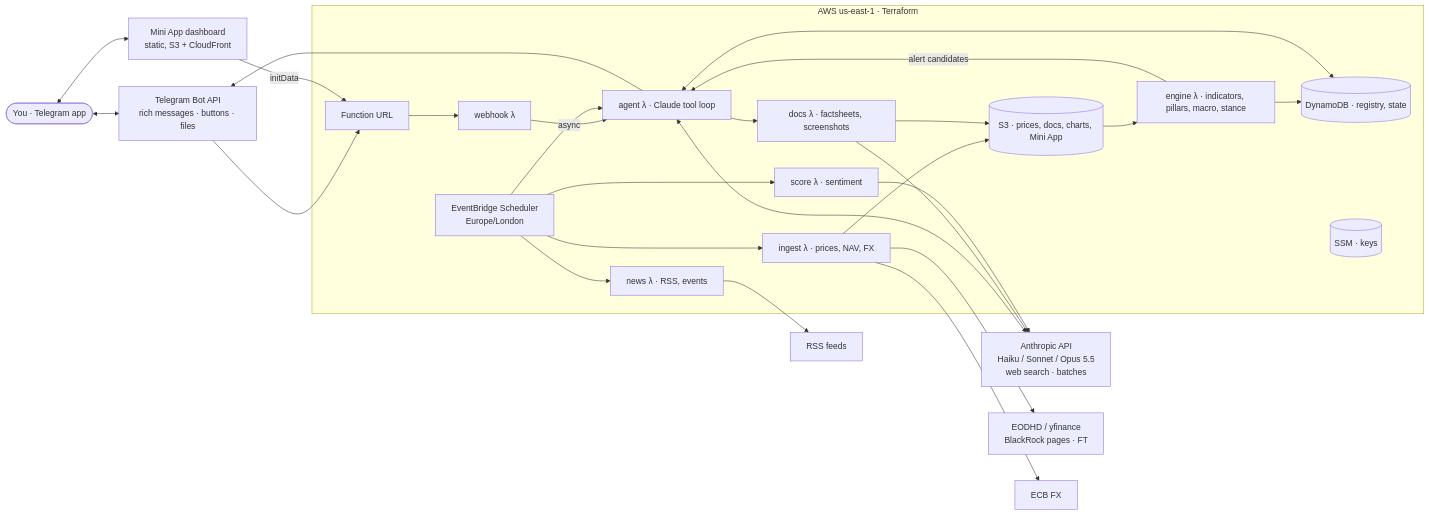
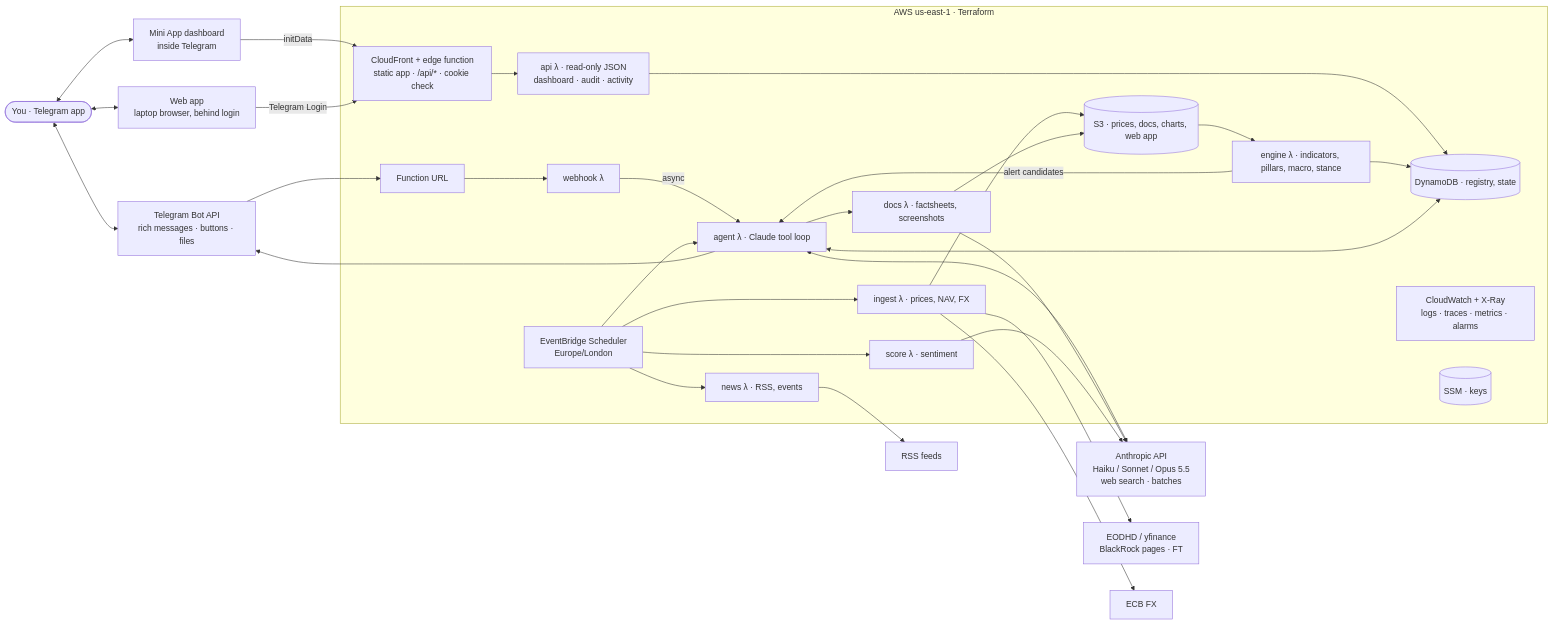
The first of 2 diagrams in ARCHITECTURE.md (gilipersonal/mypaisa-agent), drawn with Mermaid before and after one commit. The commit also changed other lines of this file and 6 other files, not shown here.

````diff
--- a/ARCHITECTURE.md
+++ b/ARCHITECTURE.md
@@ -76,40 +80,47 @@
 ```mermaid
 flowchart LR
   you([You · Telegram app])
   tg[Telegram Bot API<br/>rich messages · buttons · files]
-  mini[Mini App dashboard<br/>static, S3 + CloudFront]
+  mini[Mini App dashboard<br/>inside Telegram]
+  web[Web app<br/>laptop browser, behind login]
   subgraph aws[AWS us-east-1 · Terraform]
     url[Function URL]
     hook[webhook λ]
     agent[agent λ · Claude tool loop]
     ingest[ingest λ · prices, NAV, FX]
     engine[engine λ · indicators, pillars, macro, stance]
     news[news λ · RSS, events]
     score[score λ · sentiment]
     docs[docs λ · factsheets, screenshots]
+    api[api λ · read-only JSON<br/>dashboard · audit · activity]
+    cf[CloudFront + edge function<br/>static app · /api/* · cookie check]
     sched[EventBridge Scheduler<br/>Europe/London]
     ddb[(DynamoDB · registry, state)]
-    s3[(S3 · prices, docs, charts, Mini App)]
+    s3[(S3 · prices, docs, charts, web app)]
+    cw[CloudWatch + X-Ray<br/>logs · traces · metrics · alarms]
     ssm[(SSM · keys)]
   end
   br[Anthropic API<br/>Haiku / Sonnet / Opus 5.5<br/>web search · batches]
   mkt[EODHD / yfinance<br/>BlackRock pages · FT]
   ecb[ECB FX]
   rss[RSS feeds]
 
   you <--> tg
   you <--> mini
+  you <--> web
   tg --> url --> hook -- async --> agent
   agent --> tg
-  mini -- initData --> url
+  mini -- initData --> cf
+  web -- Telegram Login --> cf
+  cf --> api --> ddb
   sched --> ingest & news & score & agent
   ingest --> mkt & ecb
   ingest --> s3 --> engine --> ddb
   engine -- alert candidates --> agent
   agent <--> br
   agent <--> ddb
   agent --> docs --> br
   docs --> s3
   news --> rss
   score --> br
 ```
````
